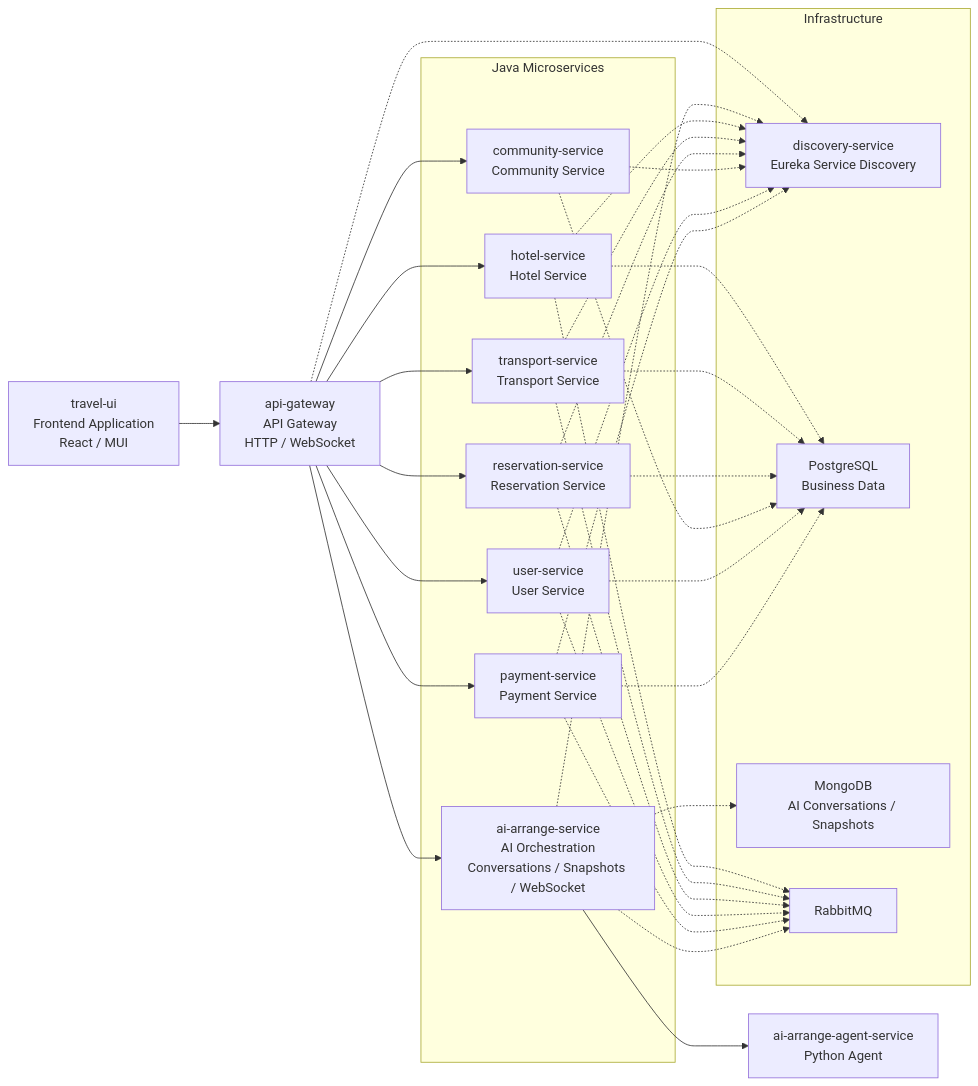
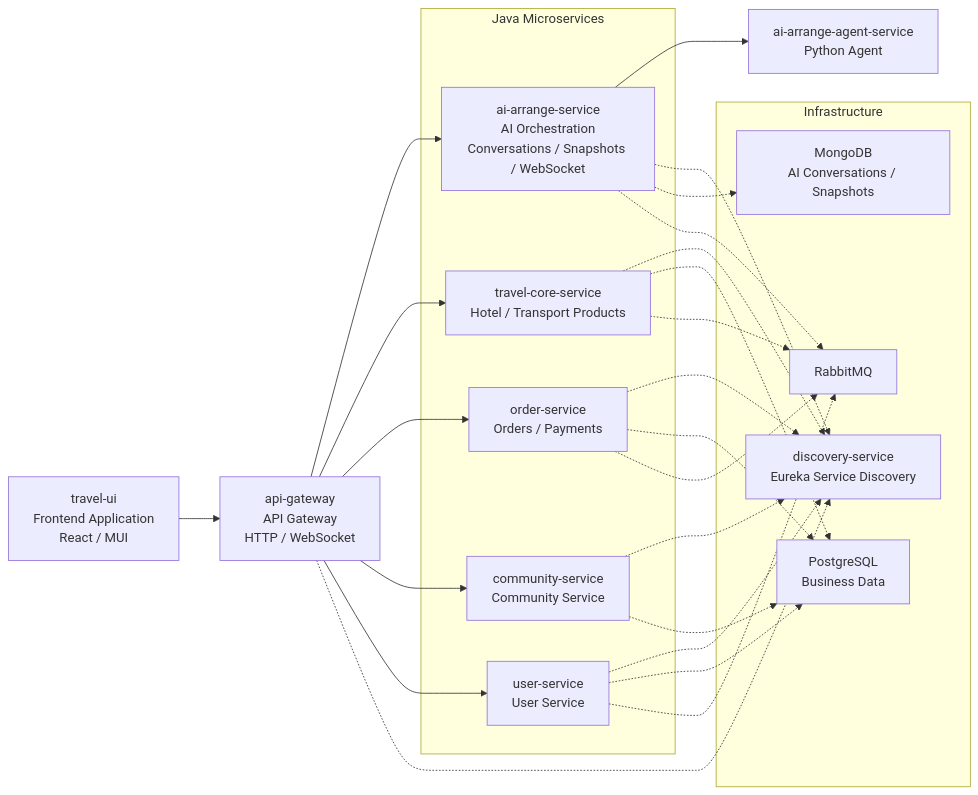
Before and after one commit to QzlabQ/TravelOn: the diagram in README.en.md, drawn with Mermaid. The commit also changed other lines of this file and 11 other files, not shown here.

````diff
--- a/README.en.md
+++ b/README.en.md
@@ -54,58 +54,48 @@
 ```mermaid
 flowchart LR
     ui["travel-ui<br/>Frontend Application<br/>React / MUI"]
     gateway["api-gateway<br/>API Gateway<br/>HTTP / WebSocket"]
 
     subgraph services["Java Microservices"]
         ai["ai-arrange-service<br/>AI Orchestration<br/>Conversations / Snapshots / WebSocket"]
-        hotel["hotel-service<br/>Hotel Service"]
-        transport["transport-service<br/>Transport Service"]
-        reservation["reservation-service<br/>Reservation Service"]
+        travelCore["travel-core-service<br/>Hotel / Transport Products"]
+        order["order-service<br/>Orders / Payments"]
         community["community-service<br/>Community Service"]
         user["user-service<br/>User Service"]
-        payment["payment-service<br/>Payment Service"]
     end
 
     agent["ai-arrange-agent-service<br/>Python Agent"]
 
     subgraph infrastructure["Infrastructure"]
         eureka["discovery-service<br/>Eureka Service Discovery"]
         postgres["PostgreSQL<br/>Business Data"]
         mongo["MongoDB<br/>AI Conversations / Snapshots"]
         rabbit["RabbitMQ"]
     end
 
     ui --> gateway
     gateway --> ai
-    gateway --> hotel
-    gateway --> transport
-    gateway --> reservation
+    gateway --> travelCore
+    gateway --> order
     gateway --> community
     gateway --> user
-    gateway --> payment
     ai --> agent
 
     gateway -.-> eureka
     ai -.-> eureka
-    hotel -.-> eureka
-    transport -.-> eureka
-    reservation -.-> eureka
+    travelCore -.-> eureka
+    order -.-> eureka
     community -.-> eureka
     user -.-> eureka
-    payment -.-> eureka
 
     ai -.-> mongo
-    hotel -.-> postgres
-    transport -.-> postgres
-    reservation -.-> postgres
+    travelCore -.-> postgres
+    order -.-> postgres
     community -.-> postgres
     user -.-> postgres
-    payment -.-> postgres
 
-    hotel -.-> rabbit
-    transport -.-> rabbit
-    reservation -.-> rabbit
+    travelCore -.-> rabbit
+    order -.-> rabbit
     user -.-> rabbit
-    payment -.-> rabbit
     ai -.-> rabbit
 ```
````
